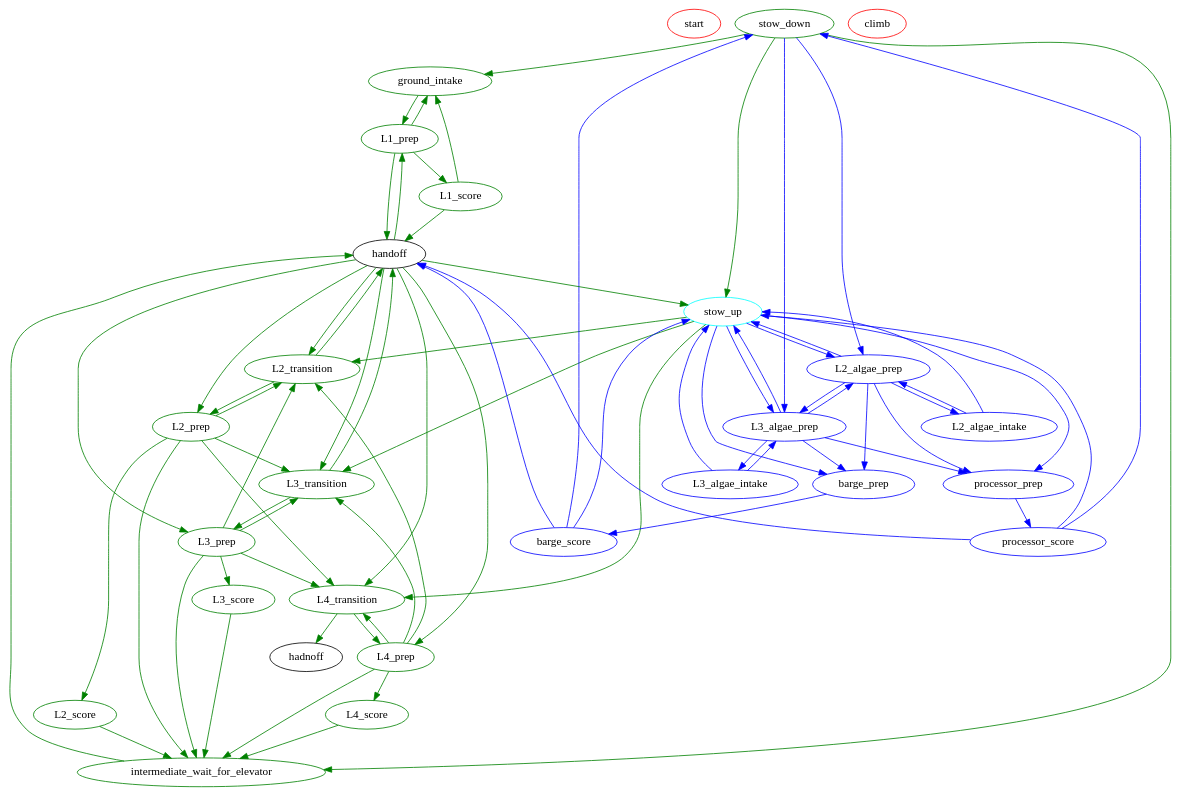
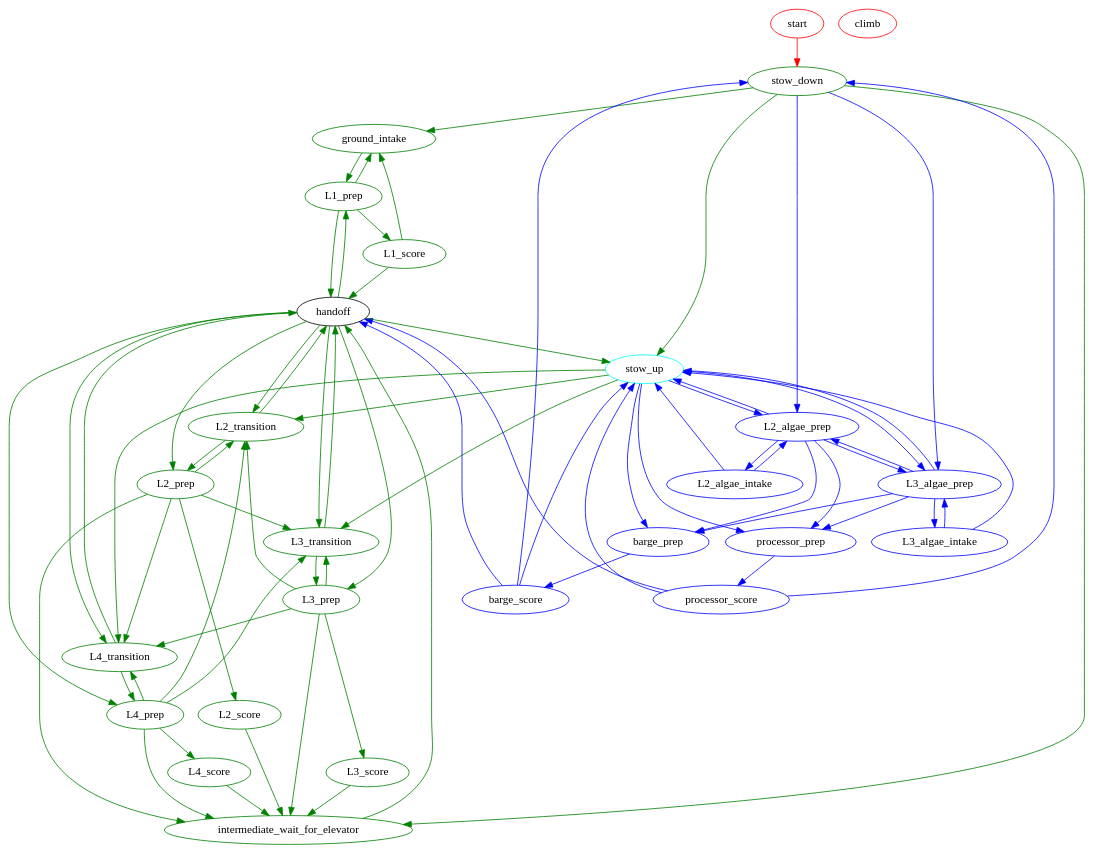
One commit to Team-190/2k25-Robot-Code changed the diagram in src/main/java/frc/robot/subsystems/v3_Epsilon/superstructure/Superstructure.dot. Above: the diagram before and after it, drawn with Graphviz. The commit also changed 12 other files, not shown here.

```diff
--- a/src/main/java/frc/robot/subsystems/v3_Epsilon/superstructure/Superstructure.dot
+++ b/src/main/java/frc/robot/subsystems/v3_Epsilon/superstructure/Superstructure.dot
@@ -1,149 +1,150 @@
 digraph Superstructure {
   /*
    * Graphviz DOT file for the superstructure state machine.
    * States are represented as nodes, and transitions are represented as edges.
   */
 
   // Node definitions
   start [color = red]
 
   stow_down [color = green]
 
   ground_intake [color = green]
 
   L1_score [color = green]
   L2_score [color = green]
   L3_score [color = green]
   L4_score [color = green]
   
   stow_up [color = cyan]
   
   L2_algae_prep [color = blue]
   L3_algae_prep [color = blue]
   
   L2_algae_intake [color = blue]
   L3_algae_intake [color = blue]
 
   barge_prep [color = blue]
   barge_score [color = blue]
   
   processor_prep [color = blue]
   processor_score [color = blue]
 
   # Prep states
   L1_prep [color = green]
   L2_prep [color = green]
   L3_prep [color = green]
   L4_prep [color = green]
 
   # Transition States
   L2_transition [color = green]
   L3_transition [color = green]
   L4_transition [color = green]
 
   climb [color = red]
   
   # Transition states are inherently wait_for_elevator states but for different levels
   intermediate_wait_for_elevator [color = green]
   
   # Basic Handoff Edges
+  start -> stow_down [color = red]
   stow_down -> stow_up [color = green]
   handoff -> stow_up [color = green]
   
   stow_up -> L2_transition [color = green]
   stow_up -> L3_transition [color = green]
   stow_up -> L4_transition [color = green]
    
   # Coral Edges
   handoff -> L1_prep [color = green]
   handoff -> L2_transition [color = green]
   handoff -> L3_transition [color = green]
   handoff -> L4_transition [color = green]
 
   L2_transition -> handoff [color = green]
   L3_transition -> handoff [color = green]
-  L4_transition -> hadnoff [color = green]
+  L4_transition -> handoff [color = green]
   
   handoff -> L2_prep [color = green]
   handoff -> L3_prep [color = green]
   handoff -> L4_prep [color = green]
 
   stow_down -> intermediate_wait_for_elevator [color = green]
   intermediate_wait_for_elevator -> handoff [color = green]
   ground_intake -> L1_prep [color = green]
   stow_down -> ground_intake [color = green]
 
   L1_prep -> ground_intake [color = green]
 
   L1_prep -> L1_score [color = green]
   L2_prep -> L2_score [color = green]
   L3_prep -> L3_score [color = green]
   L4_prep -> L4_score [color = green]
 
   L2_prep -> intermediate_wait_for_elevator [color = green]
   L3_prep -> intermediate_wait_for_elevator [color = green]
   L4_prep -> intermediate_wait_for_elevator [color = green]
   
   L1_score -> ground_intake [color = green]
   L1_prep -> handoff [color = green]
   L1_score -> handoff [color = green]
     
   L2_score -> intermediate_wait_for_elevator [color = green]
   L3_score -> intermediate_wait_for_elevator [color = green]
   L4_score -> intermediate_wait_for_elevator [color = green]
 
   L2_prep -> L3_transition [color = green]
   L2_prep -> L4_transition [color = green]
   L3_prep -> L2_transition [color = green]
   L3_prep -> L4_transition [color = green]
   L4_prep -> L3_transition [color = green]
   L4_prep -> L2_transition [color = green]
 
   L2_transition -> L2_prep [color = green]
   L3_transition -> L3_prep [color = green]
   L4_transition -> L4_prep [color = green]
 
   L2_prep -> L2_transition [color = green]
   L3_prep -> L3_transition [color = green]
   L4_prep -> L4_transition [color = green]
   
   # Algae Edges
   stow_up -> L2_algae_prep [color = blue]
   stow_up -> L3_algae_prep [color = blue]
   stow_up -> barge_prep [color = blue]
   stow_up -> processor_prep [color = blue]
   
   stow_down -> L2_algae_prep [color = blue]
   stow_down -> L3_algae_prep [color = blue]
   
   L2_algae_prep -> barge_prep [color = blue]
   L3_algae_prep -> barge_prep [color = blue]
   
   L2_algae_prep -> processor_prep [color = blue]
   L3_algae_prep -> processor_prep [color = blue]
   
   L2_algae_prep -> stow_up [color = blue]
   L3_algae_prep -> stow_up [color = blue]
   
   L2_algae_prep -> L2_algae_intake [color = blue]
   L2_algae_intake -> L2_algae_prep [color = blue]
   L3_algae_intake -> L3_algae_prep [color = blue]
   L3_algae_prep -> L3_algae_intake [color = blue]
   
   L2_algae_intake -> stow_up [color = blue]
   L3_algae_intake -> stow_up [color = blue]
   
   barge_prep -> barge_score [color = blue]
   processor_prep -> processor_score [color = blue]
   
   processor_score -> stow_up [color = blue]
   processor_score -> stow_down [color = blue]
   processor_score -> handoff [color = blue]
   
   barge_score -> stow_up [color = blue]
   barge_score -> stow_down [color = blue]
   barge_score -> handoff [color = blue]
   
   L2_algae_prep -> L3_algae_prep [color = blue]
   L3_algae_prep -> L2_algae_prep [color = blue]
 }
```
